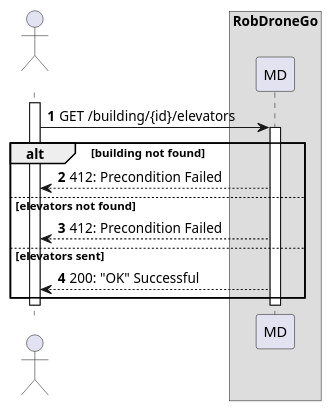
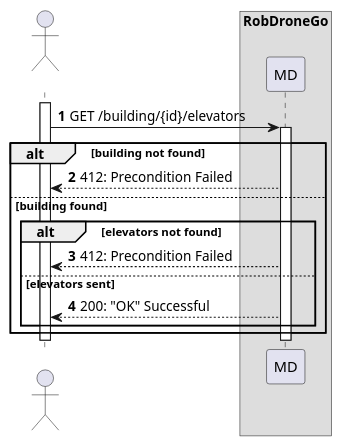
Before and after one commit to Departamento-de-Engenharia-Informatica/lapr5-23-24-g19: the diagram in docs/us290/level2/process-view.puml, drawn with PlantUML. The commit also changed 9 other files, not shown here.

```diff
--- a/docs/us290/level2/process-view.puml
+++ b/docs/us290/level2/process-view.puml
@@ -1,27 +1,29 @@
 @startuml
 autonumber
 
 actor " " as actor
 box "RobDroneGo"
 participant "MD" as mdr
 
 activate actor
 
 
 
         actor-> mdr: GET /building/{id}/elevators
         activate mdr
             alt building not found
                     mdr --> actor : 412: Precondition Failed
-            else elevators not found
-                actor <-- mdr : 412: Precondition Failed
-            else elevators sent
-                actor <-- mdr : 200: "OK" Successful
+            else building found
+                alt elevators not found
+                    actor <-- mdr : 412: Precondition Failed
+                else elevators sent
+                    actor <-- mdr : 200: "OK" Successful
+                end
             end
             deactivate mdr
 
     deactivate mdr
 deactivate actor
 
 
 @enduml
```
